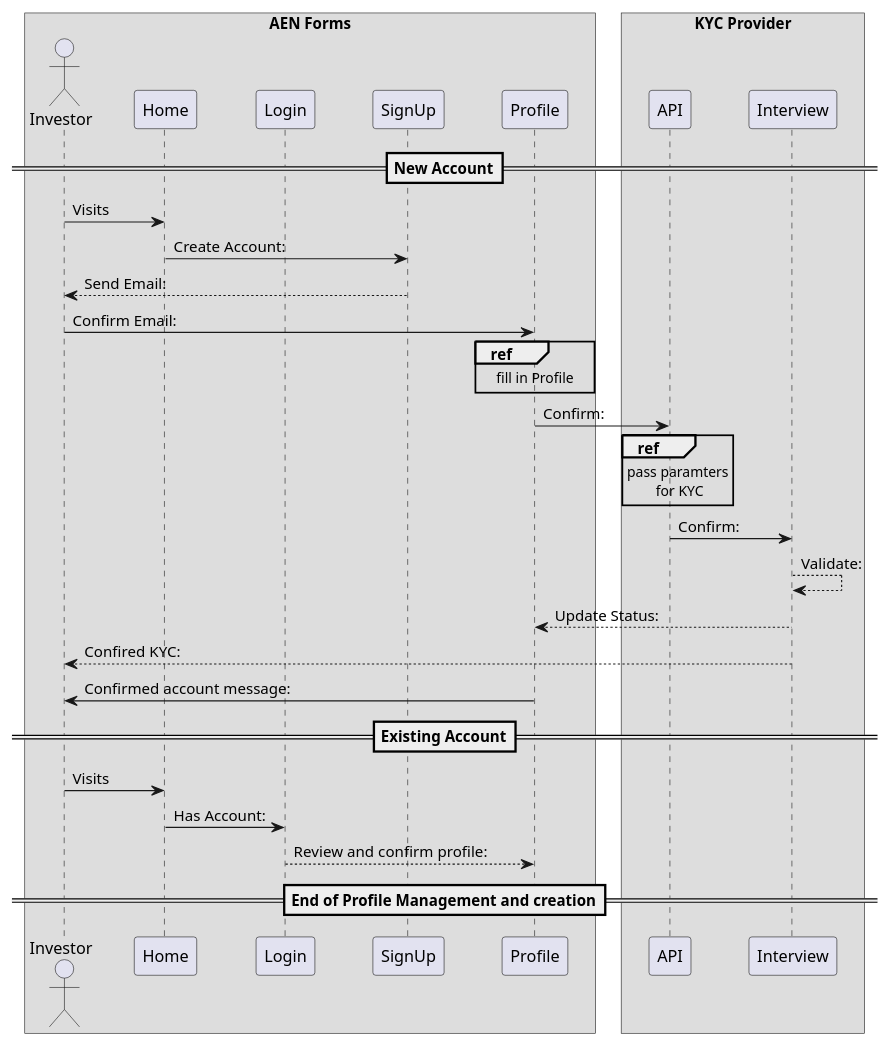
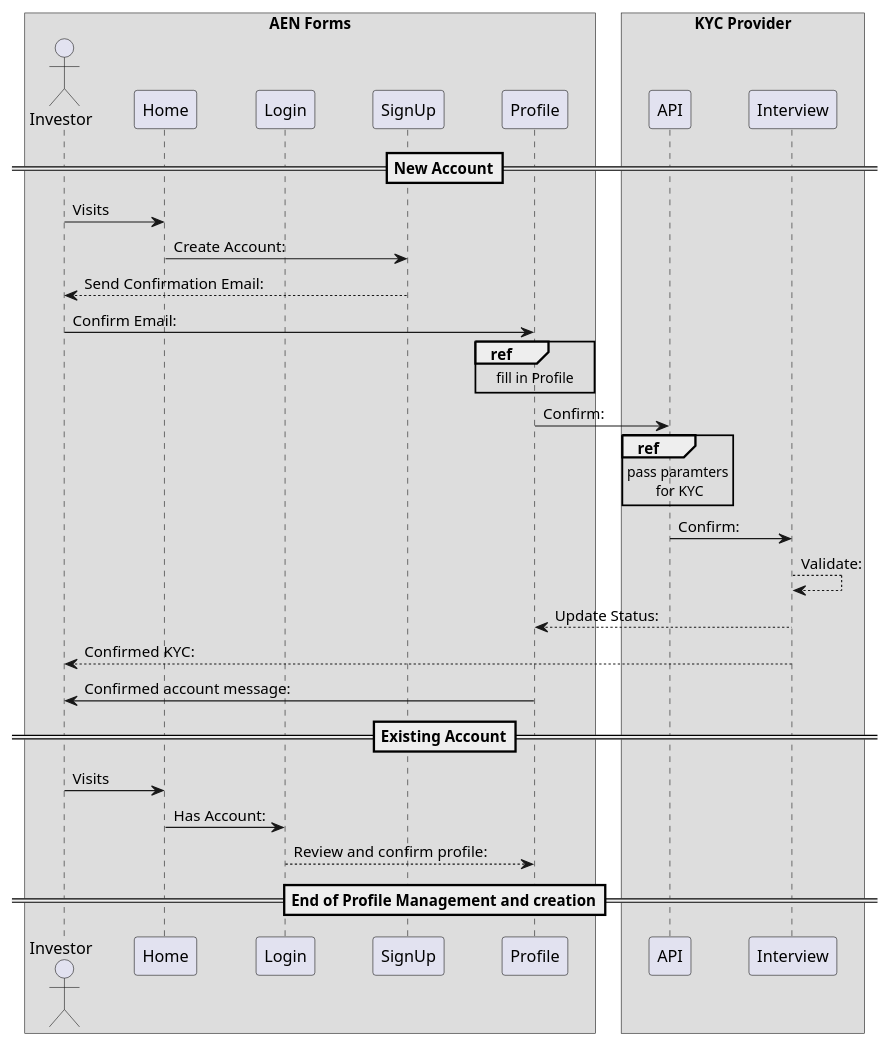
The diagram in docs/Docs/UserSignup.puml (AENCO-Global/Simple-signup), drawn with PlantUML before and after one commit.

Commit message:
Aaron test edit

```diff
--- a/docs/Docs/UserSignup.puml
+++ b/docs/Docs/UserSignup.puml
@@ -1,39 +1,39 @@
 @startuml
 skinparam ParticipantPadding 20
 skinparam BoxPadding 10
 
 box "AEN Forms"
   Actor Investor
   participant Home
   participant Login
   participant SignUp
   participant Profile as prof
 end box
 
 box "KYC Provider"
 participant API as api
 participant Interview as int
 end box
 
 ==New Account==
 Investor -> Home : Visits
 Home -> SignUp :Create Account:
-SignUp --> Investor :Send Email:
+SignUp --> Investor :Send Confirmation Email:
 Investor -> prof :Confirm Email:
 ref over prof : fill in Profile
 prof -> api :Confirm:
 ref over api : pass paramters\n for KYC
 api -> int :Confirm:
 int --> int :Validate:
 int --> prof :Update Status:
-int --> Investor :Confired KYC:
+int --> Investor :Confirmed KYC:
 prof -> Investor :Confirmed account message:
 
 ==Existing Account==
 Investor -> Home : Visits
 Home -> Login :Has Account:
 Login --> prof :Review and confirm profile:
 
 ==End of Profile Management and creation==
 
 @enduml
```
